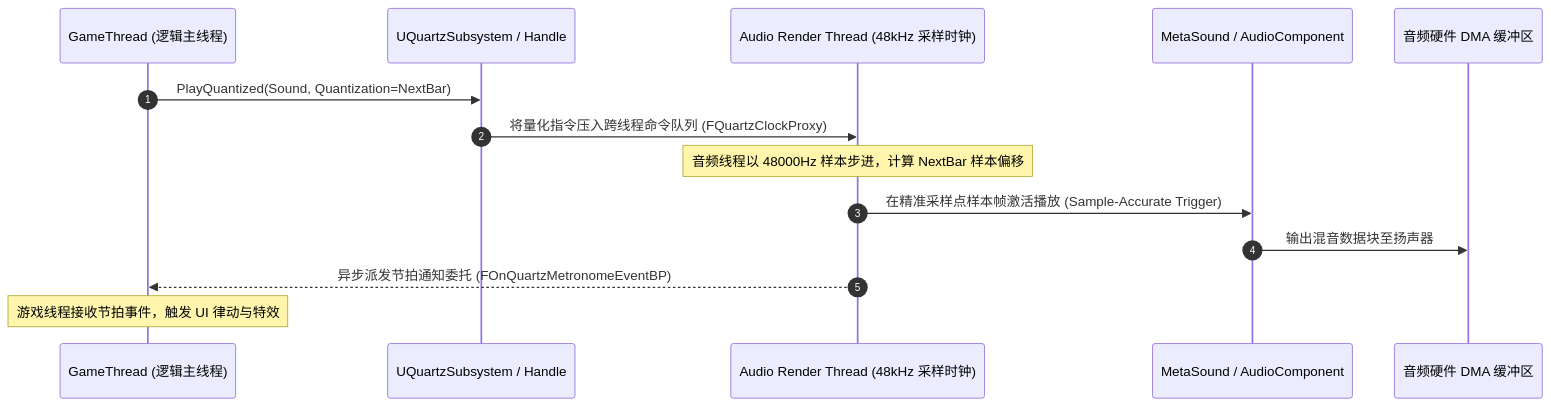
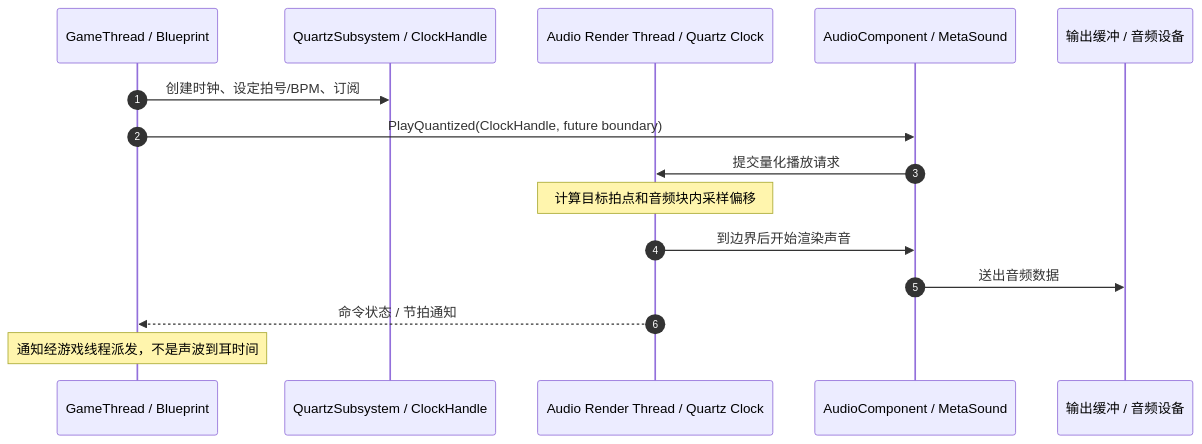
Before and after one commit to fantuan812/learning: the first of 2 diagrams in 知识/04-图形动画与物理仿真/音频播放与程序化声音/04-Quartz音频时钟与节奏同步.md, drawn with Mermaid. The commit also changed other lines of this file and 2 other files, not shown here.

Commit message:
补全蓝图与C++协作及Quartz节奏调度的正常接线路径

````diff
--- a/知识/04-图形动画与物理仿真/音频播放与程序化声音/04-Quartz音频时钟与节奏同步.md
+++ b/知识/04-图形动画与物理仿真/音频播放与程序化声音/04-Quartz音频时钟与节奏同步.md
@@ -33,17 +37,17 @@
 ```mermaid
 sequenceDiagram
     autonumber
-    participant GT as GameThread (逻辑主线程)
-    participant QS as UQuartzSubsystem / Handle
-    participant AT as Audio Render Thread (48kHz 采样时钟)
-    participant MS as MetaSound / AudioComponent
-    participant HW as 音频硬件 DMA 缓冲区
-
-    GT->>QS: PlayQuantized(Sound, Quantization=NextBar)
-    QS->>AT: 将量化指令压入跨线程命令队列 (FQuartzClockProxy)
-    Note over AT: 音频线程以 48000Hz 样本步进，计算 NextBar 样本偏移
-    AT->>MS: 在精准采样点样本帧激活播放 (Sample-Accurate Trigger)
-    MS->>HW: 输出混音数据块至扬声器
-    AT-->>GT: 异步派发节拍通知委托 (FOnQuartzMetronomeEventBP)
-    Note over GT: 游戏线程接收节拍事件，触发 UI 律动与特效
+    participant GT as GameThread / Blueprint
+    participant H as QuartzSubsystem / ClockHandle
+    participant AR as Audio Render Thread / Quartz Clock
+    participant AC as AudioComponent / MetaSound
+    participant HW as 输出缓冲 / 音频设备
+    GT->>H: 创建时钟、设定拍号/BPM、订阅
+    GT->>AC: PlayQuantized(ClockHandle, future boundary)
+    AC->>AR: 提交量化播放请求
+    Note over AR: 计算目标拍点和音频块内采样偏移
+    AR->>AC: 到边界后开始渲染声音
+    AC->>HW: 送出音频数据
+    AR-->>GT: 命令状态 / 节拍通知
+    Note over GT: 通知经游戏线程派发，不是声波到耳时间
 ```
````
